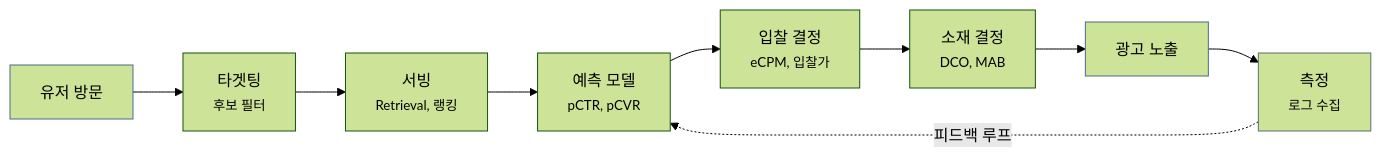
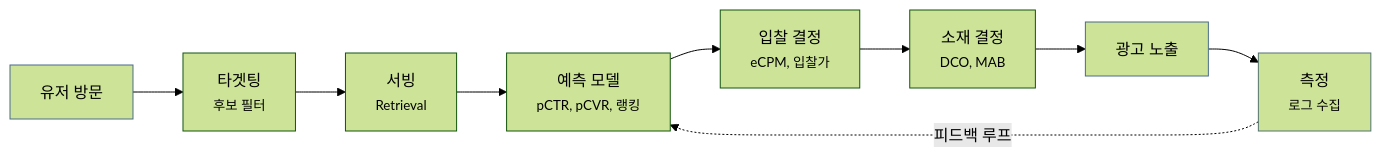
The first of 4 diagrams in posts-easy/adtech-dev-layers.md (chkimsu/adtech-blog), drawn with Mermaid (forest theme) before and after one commit. The commit also changed other lines of this file and 1 other file, not shown here.

````diff
--- a/posts-easy/adtech-dev-layers.md
+++ b/posts-easy/adtech-dev-layers.md
@@ -38,15 +38,15 @@
 ```mermaid
 graph LR
     A["유저 방문"] --> B["타겟팅<br/><small>후보 필터</small>"]
-    B --> C["서빙<br/><small>Retrieval, 랭킹</small>"]
-    C --> D["예측 모델<br/><small>pCTR, pCVR</small>"]
+    B --> C["서빙<br/><small>Retrieval</small>"]
+    C --> D["예측 모델<br/><small>pCTR, pCVR, 랭킹</small>"]
     D --> E["입찰 결정<br/><small>eCPM, 입찰가</small>"]
     E --> F["소재 결정<br/><small>DCO, MAB</small>"]
     F --> G["광고 노출"]
     G --> H["측정<br/><small>로그 수집</small>"]
     H -.->|"피드백 루프"| D
 
     style A stroke:#4a6b8a
     style G stroke:#4a6b8a
     style H stroke:#54736f
 ```
````
